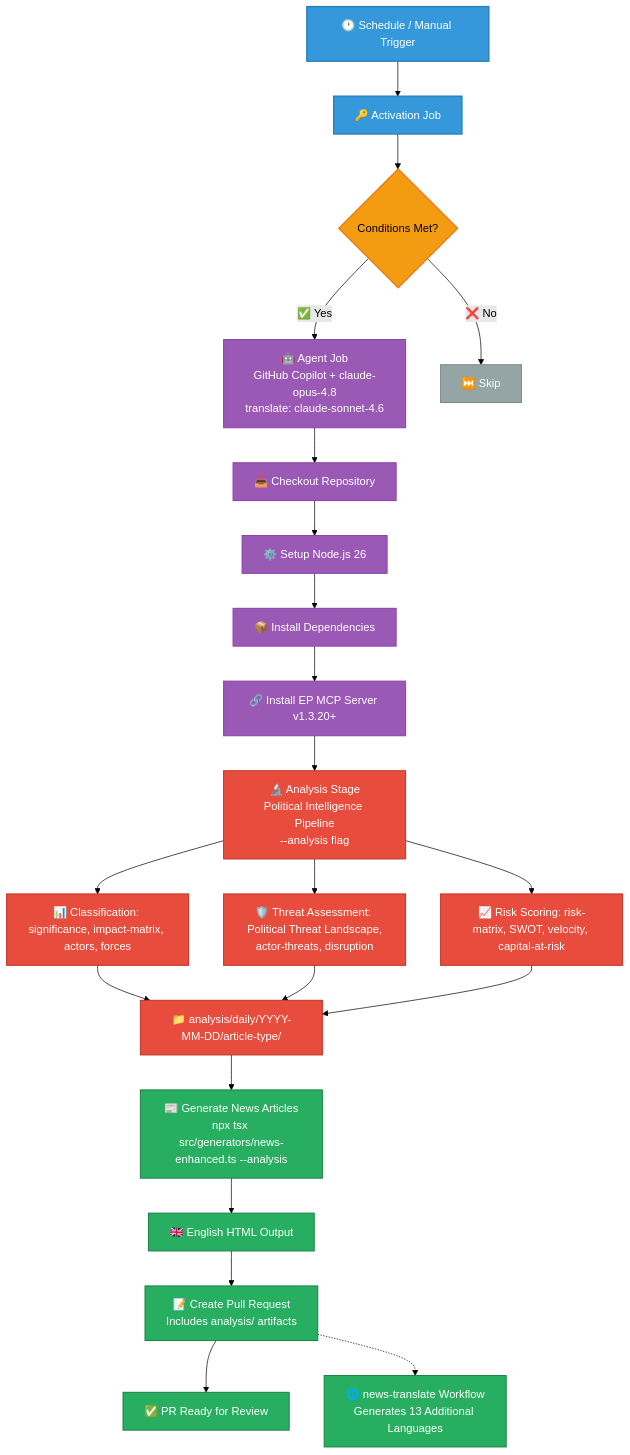
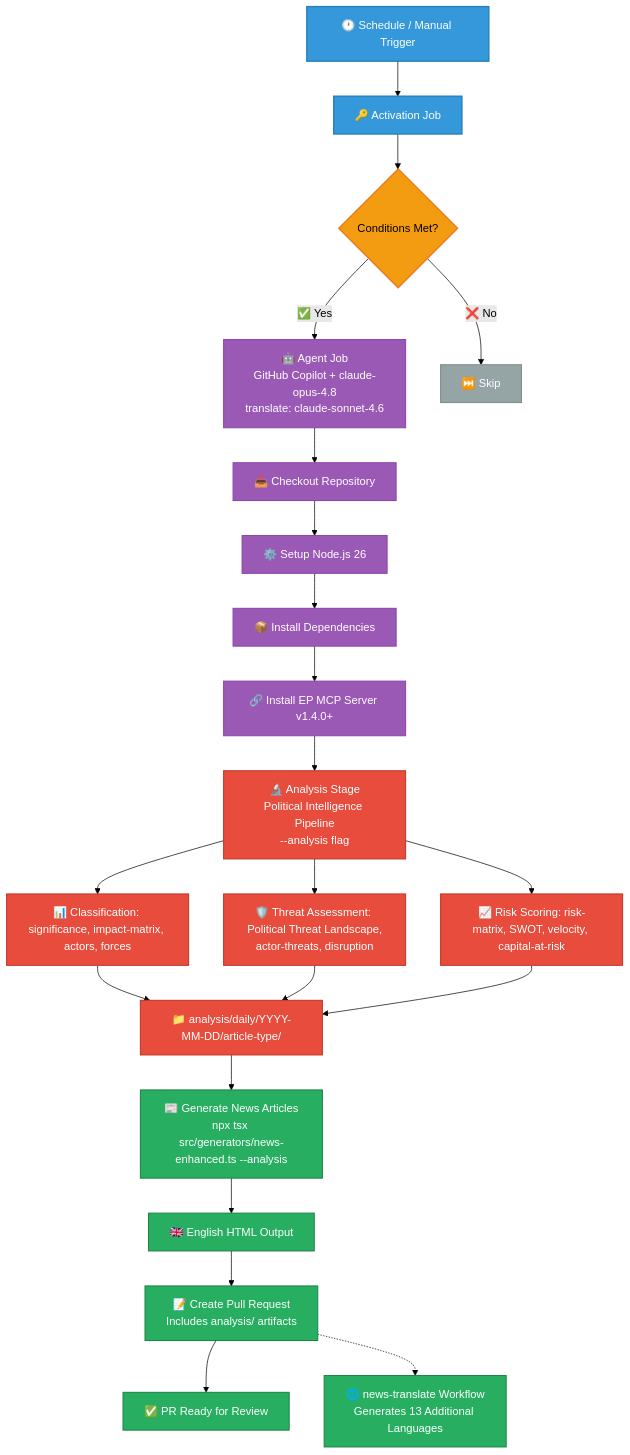
One commit to Hack23/euparliamentmonitor changed the third of 23 diagrams in WORKFLOWS.md. Above: the diagram before and after it, drawn with Mermaid (forest theme). The commit also changed other lines of this file and 61 other files, not shown here.

Commit message:
chore: align EP MCP server references to 1.4.0

````diff
--- a/WORKFLOWS.md
+++ b/WORKFLOWS.md
@@ -276,37 +276,37 @@
 ```mermaid
 graph TD
     A[🕐 Schedule / Manual Trigger] --> B[🔑 Activation Job]
     B --> C{Conditions Met?}
     C -->|✅ Yes| D[🤖 Agent Job<br/>GitHub Copilot + claude-opus-4.8<br/>translate: claude-sonnet-4.6]
     C -->|❌ No| E[⏭️ Skip]
     D --> F[📥 Checkout Repository]
     F --> G[⚙️ Setup Node.js 26]
     G --> H[📦 Install Dependencies]
-    H --> I[🔗 Install EP MCP Server v1.3.20+]
+    H --> I[🔗 Install EP MCP Server v1.4.0+]
     I --> J1[🔬 Analysis Stage<br/>Political Intelligence Pipeline<br/>--analysis flag]
     J1 --> J1a[📊 Classification: significance, impact-matrix, actors, forces]
     J1 --> J1b[🛡️ Threat Assessment: Political Threat Landscape,<br/>actor-threats, disruption]
     J1 --> J1c[📈 Risk Scoring: risk-matrix, SWOT, velocity, capital-at-risk]
     J1a --> J1d["📁 analysis/daily/YYYY-MM-DD/article-type/"]
     J1b --> J1d
     J1c --> J1d
     J1d --> J[📰 Generate News Articles<br/>npx tsx src/generators/news-enhanced.ts --analysis]
     J --> K[🇬🇧 English HTML Output]
     K --> L[📝 Create Pull Request<br/>Includes analysis/ artifacts]
     L --> M[✅ PR Ready for Review]
     L -.-> N[🌐 news-translate Workflow<br/>Generates 13 Additional Languages]
 
     classDef trigger fill:#3498db,stroke:#2980b9,stroke-width:2px,color:white
     classDef process fill:#9b59b6,stroke:#8e44ad,stroke-width:1.5px,color:white
     classDef decision fill:#f39c12,stroke:#e67e22,stroke-width:2px,color:black
     classDef skip fill:#95a5a6,stroke:#7f8c8d,stroke-width:1.5px,color:white
     classDef analysis fill:#e74c3c,stroke:#c0392b,stroke-width:1.5px,color:white
     classDef output fill:#27ae60,stroke:#1e8449,stroke-width:1.5px,color:white
 
     class A,B trigger
     class D,F,G,H,I process
     class C decision
     class E skip
     class J1,J1a,J1b,J1c,J1d analysis
     class J,K,L,M,N output
 ```
````
